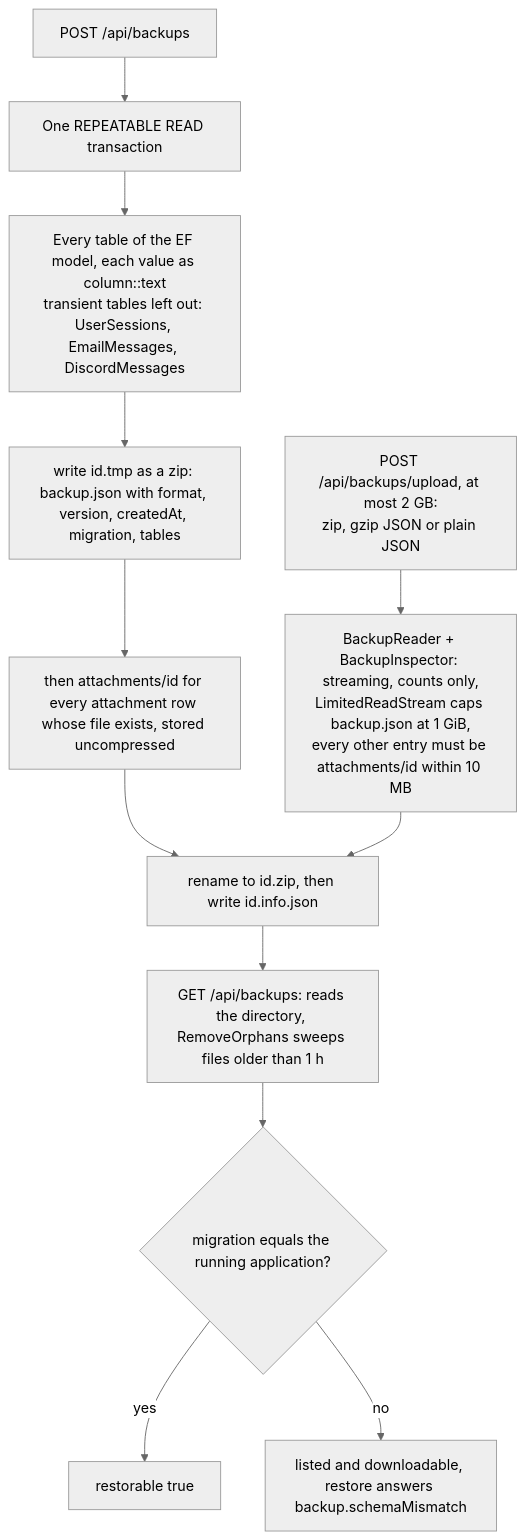
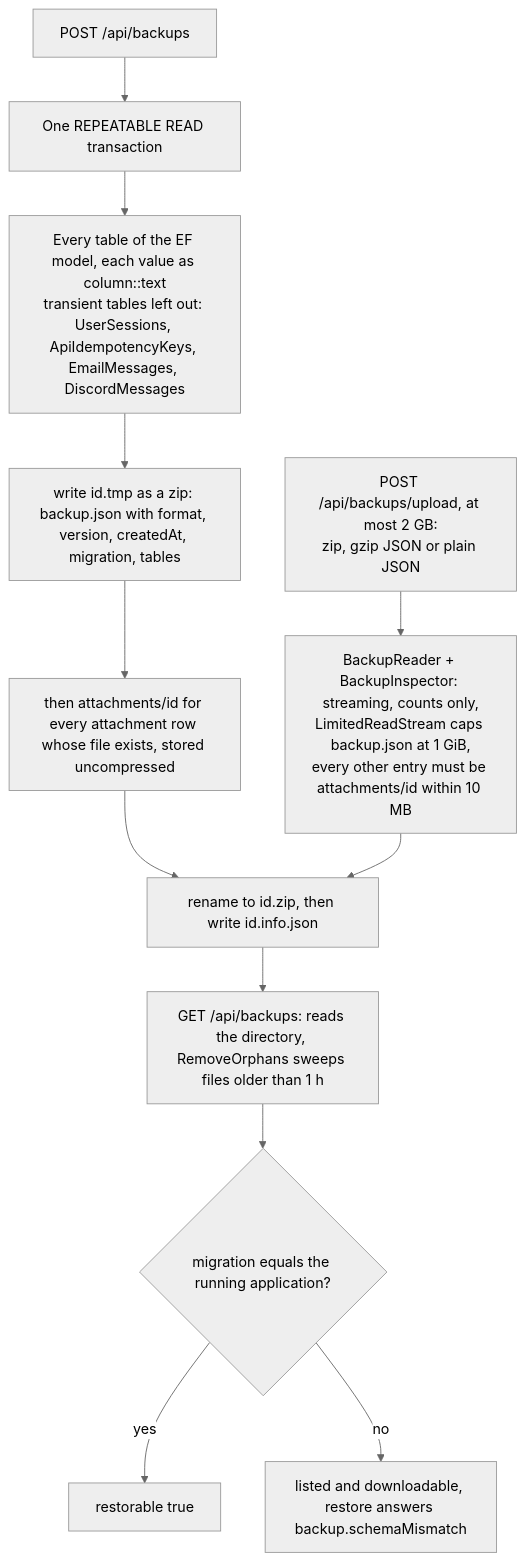
The first of 2 diagrams in docs/features/backup-and-restore.md (Justxs/Jx-Finance), drawn with Mermaid (neutral theme) before and after one commit. The commit also changed other lines of this file and 117 other files, not shown here.

````diff
--- a/docs/features/backup-and-restore.md
+++ b/docs/features/backup-and-restore.md
@@ -19,14 +19,14 @@
 ```mermaid
 flowchart TD
     Take["POST /api/backups"] --> Snap["One REPEATABLE READ transaction"]
-    Snap --> Tables["Every table of the EF model, each value as column::text<br/>transient tables left out: UserSessions, EmailMessages, DiscordMessages"]
+    Snap --> Tables["Every table of the EF model, each value as column::text<br/>transient tables left out: UserSessions, ApiIdempotencyKeys, EmailMessages, DiscordMessages"]
     Tables --> Tmp["write id.tmp as a zip: backup.json with format, version, createdAt, migration, tables"]
     Tmp --> Files["then attachments/id for every attachment row whose file exists, stored uncompressed"]
     Files --> Rename["rename to id.zip, then write id.info.json"]
     Upload["POST /api/backups/upload, at most 2 GB:<br/>zip, gzip JSON or plain JSON"] --> Inspect["BackupReader + BackupInspector: streaming, counts only,<br/>LimitedReadStream caps backup.json at 1 GiB,<br/>every other entry must be attachments/id within 10 MB"]
     Inspect --> Rename
     Rename --> List["GET /api/backups: reads the directory, RemoveOrphans sweeps files older than 1 h"]
     List --> Flag{"migration equals the running application?"}
     Flag -->|"yes"| Restorable["restorable true"]
     Flag -->|"no"| NotRestorable["listed and downloadable, restore answers backup.schemaMismatch"]
 ```
````
